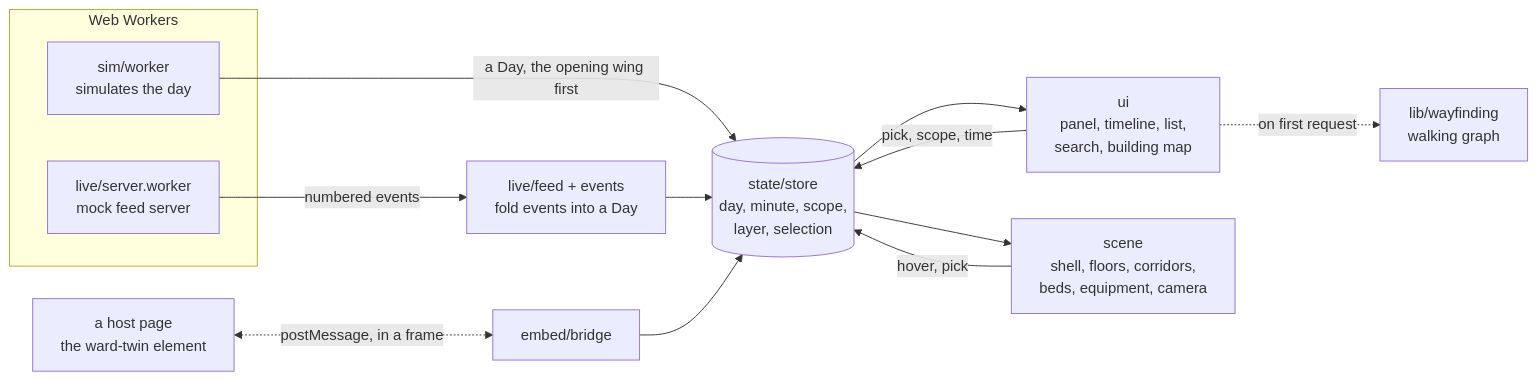
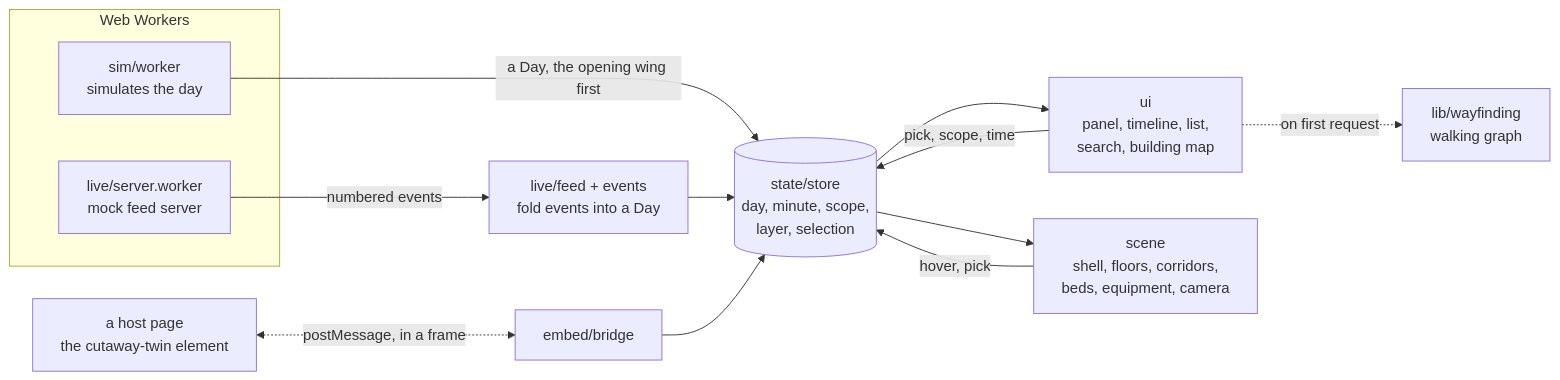
One commit to imsemoo/cutaway changed the diagram in docs/architecture.md. Above: the diagram before and after it, drawn with Mermaid. The commit also changed other lines of this file and 28 other files, not shown here.

````diff
--- a/docs/architecture.md
+++ b/docs/architecture.md
@@ -5,17 +5,17 @@
 ```mermaid
 flowchart LR
   subgraph workers[Web Workers]
     sim[sim/worker<br/>simulates the day]
     server[live/server.worker<br/>mock feed server]
   end
   sim -- a Day, the opening wing first --> store
   server -- numbered events --> feed[live/feed + events<br/>fold events into a Day]
   feed --> store[(state/store<br/>day, minute, scope,<br/>layer, selection)]
   store --> ui[ui<br/>panel, timeline, list,<br/>search, building map]
   store --> scene[scene<br/>shell, floors, corridors,<br/>beds, equipment, camera]
   ui -- pick, scope, time --> store
   scene -- hover, pick --> store
   ui -. on first request .-> wayfinding[lib/wayfinding<br/>walking graph]
-  host[a host page<br/>the ward-twin element] <-. postMessage, in a frame .-> bridge[embed/bridge]
+  host[a host page<br/>the cutaway-twin element] <-. postMessage, in a frame .-> bridge[embed/bridge]
   bridge --> store
 ```
````
